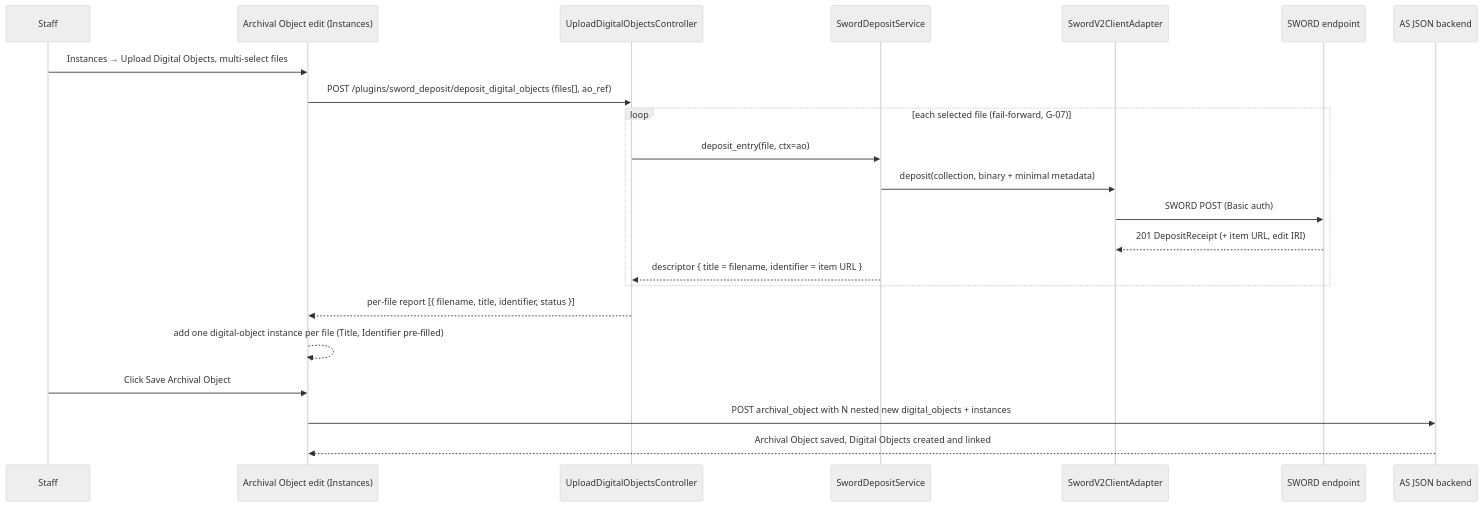
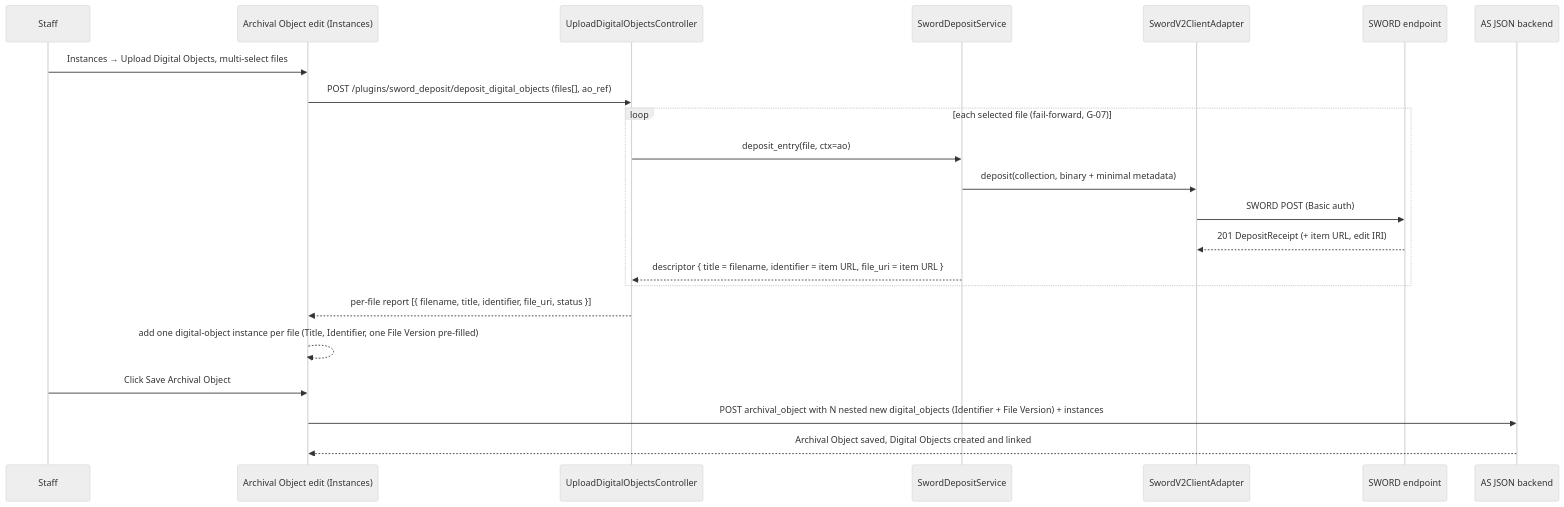
Before and after one commit to ryanttb/LyrasisInteroperabilityProject: the fourth of 4 diagrams in specs/A3-4-dev-high-as-sword-deposit.md, drawn with Mermaid (neutral theme). The commit also changed other lines of this file and 2 other files, not shown here.

Commit message:
A3-4 include Identifier as required, Mode C creates File Version

````diff
--- a/specs/A3-4-dev-high-as-sword-deposit.md
+++ b/specs/A3-4-dev-high-as-sword-deposit.md
@@ -789,25 +803,25 @@
 ```mermaid
 sequenceDiagram
   participant S as Staff
   participant UI as Archival Object edit (Instances)
   participant C as UploadDigitalObjectsController
   participant Svc as SwordDepositService
   participant A as SwordV2ClientAdapter
   participant DS as SWORD endpoint
   participant B as AS JSON backend
 
   S->>UI: Instances → Upload Digital Objects, multi-select files
   UI->>C: POST /plugins/sword_deposit/deposit_digital_objects (files[], ao_ref)
   loop each selected file (fail-forward, G-07)
     C->>Svc: deposit_entry(file, ctx=ao)
     Svc->>A: deposit(collection, binary + minimal metadata)
     A->>DS: SWORD POST (Basic auth)
     DS-->>A: 201 DepositReceipt (+ item URL, edit IRI)
-    Svc-->>C: descriptor { title = filename, identifier = item URL }
+    Svc-->>C: descriptor { title = filename, identifier = item URL, file_uri = item URL }
   end
-  C-->>UI: per-file report [{ filename, title, identifier, status }]
-  UI-->>UI: add one digital-object instance per file (Title, Identifier pre-filled)
+  C-->>UI: per-file report [{ filename, title, identifier, file_uri, status }]
+  UI-->>UI: add one digital-object instance per file (Title, Identifier, one File Version pre-filled)
   S->>UI: Click Save Archival Object
-  UI->>B: POST archival_object with N nested new digital_objects + instances
+  UI->>B: POST archival_object with N nested new digital_objects (Identifier + File Version) + instances
   B-->>UI: Archival Object saved, Digital Objects created and linked
 ```
````
